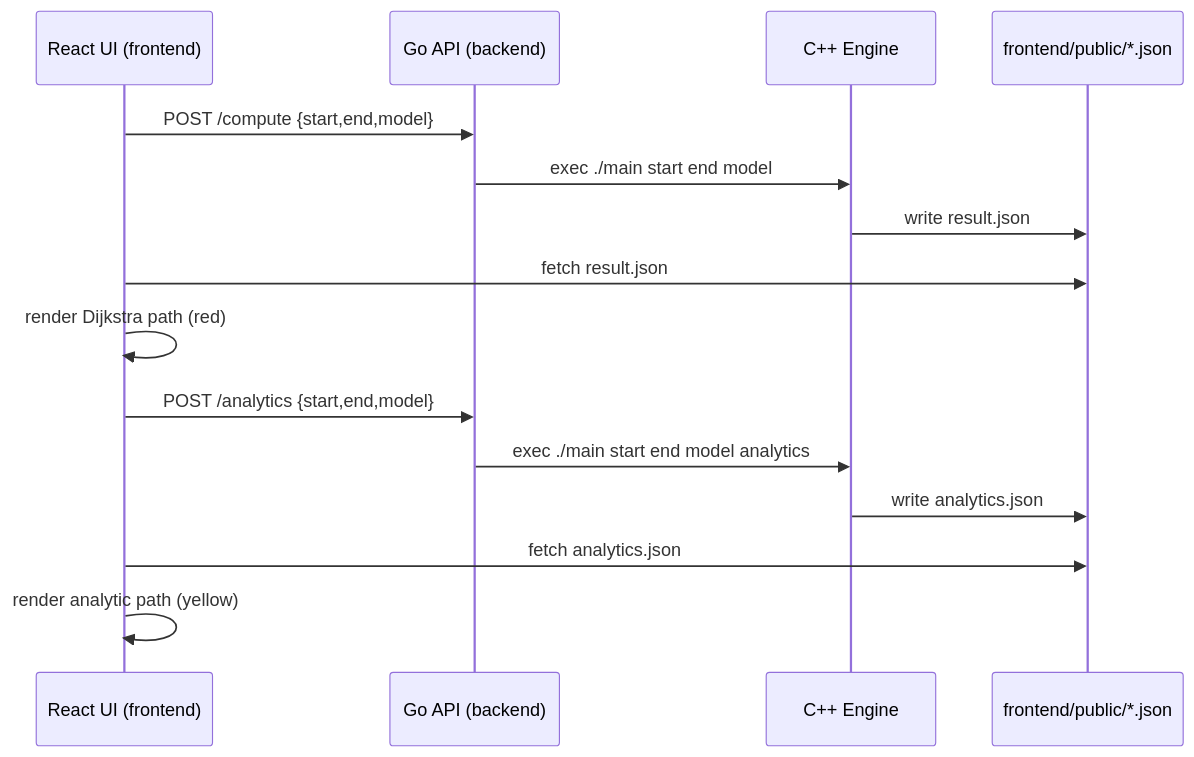
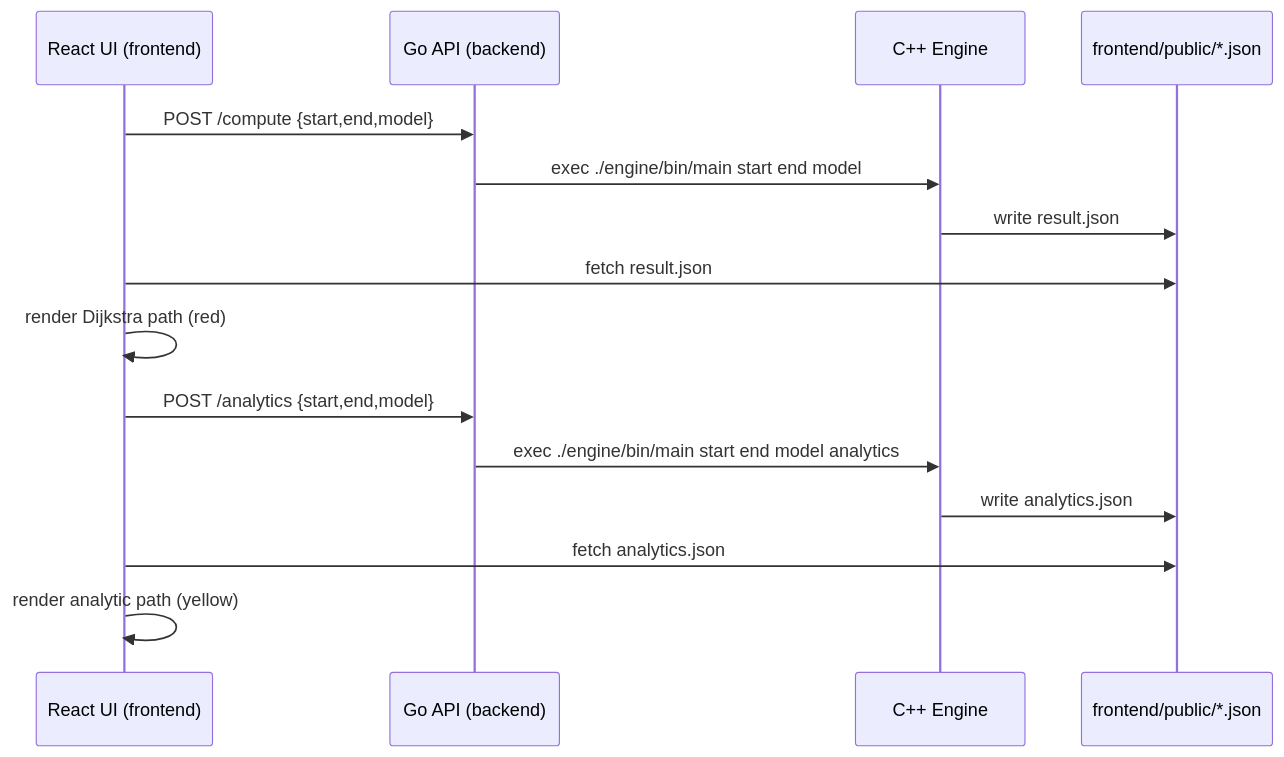
Before and after one commit to pisethTang/Capstone_Project_III: the diagram in README.md, drawn with Mermaid. The commit also changed other lines of this file and 21 other files, not shown here.

Commit message:
Refactored C++ code into engine/ and multiple subfolders and broke main.go into /project and /server

````diff
--- a/README.md
+++ b/README.md
@@ -28,19 +65,19 @@
 ```mermaid
 sequenceDiagram
     participant UI as React UI (frontend)
     participant API as Go API (backend)
     participant CPP as C++ Engine
     participant FS as frontend/public/*.json
 
     UI->>API: POST /compute {start,end,model}
-    API->>CPP: exec ./main start end model
+    API->>CPP: exec ./engine/bin/main start end model
     CPP->>FS: write result.json
     UI->>FS: fetch result.json
     UI->>UI: render Dijkstra path (red)
 
     UI->>API: POST /analytics {start,end,model}
-    API->>CPP: exec ./main start end model analytics
+    API->>CPP: exec ./engine/bin/main start end model analytics
     CPP->>FS: write analytics.json
     UI->>FS: fetch analytics.json
     UI->>UI: render analytic path (yellow)
 ```
````
